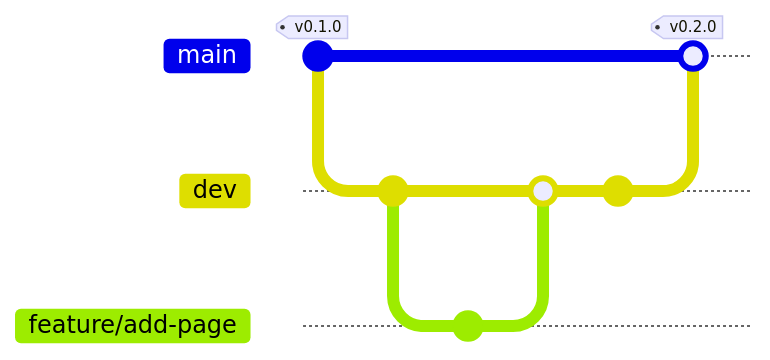
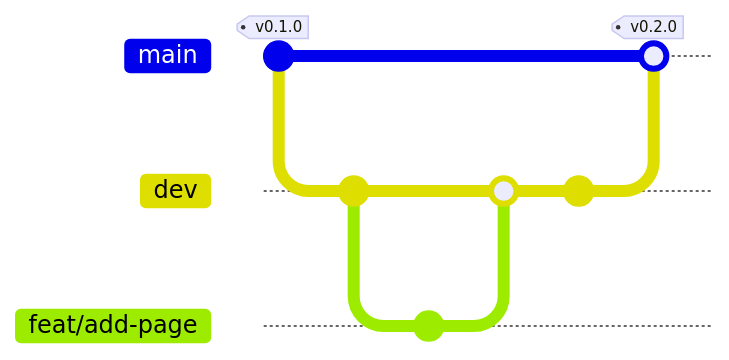
Before and after one commit to medizininformatik-initiative/kerndatensatz-dokument: the diagram in CONTRIBUTING.md, drawn with Mermaid. The commit also changed other lines of this file and 5 other files, not shown here. Commit ids are hidden.

````diff
--- a/CONTRIBUTING.md
+++ b/CONTRIBUTING.md
@@ -38,14 +46,14 @@
 ```mermaid
 gitGraph
   commit tag: "v0.1.0"
   branch dev
   checkout dev
   commit
-  branch feature/add-page
+  branch feat/add-page
   commit
   checkout dev
-  merge feature/add-page
+  merge feat/add-page
   commit
   checkout main
   merge dev tag: "v0.2.0"
 ```
````
